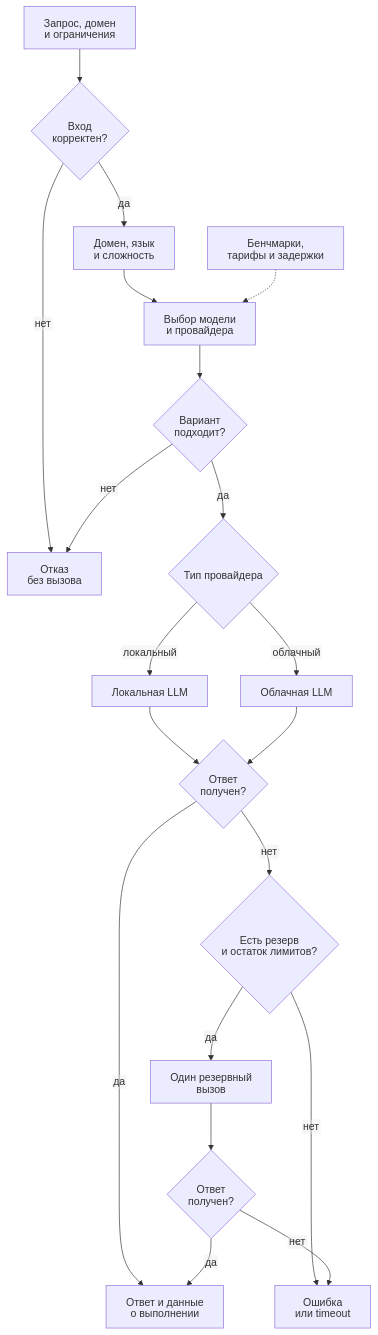
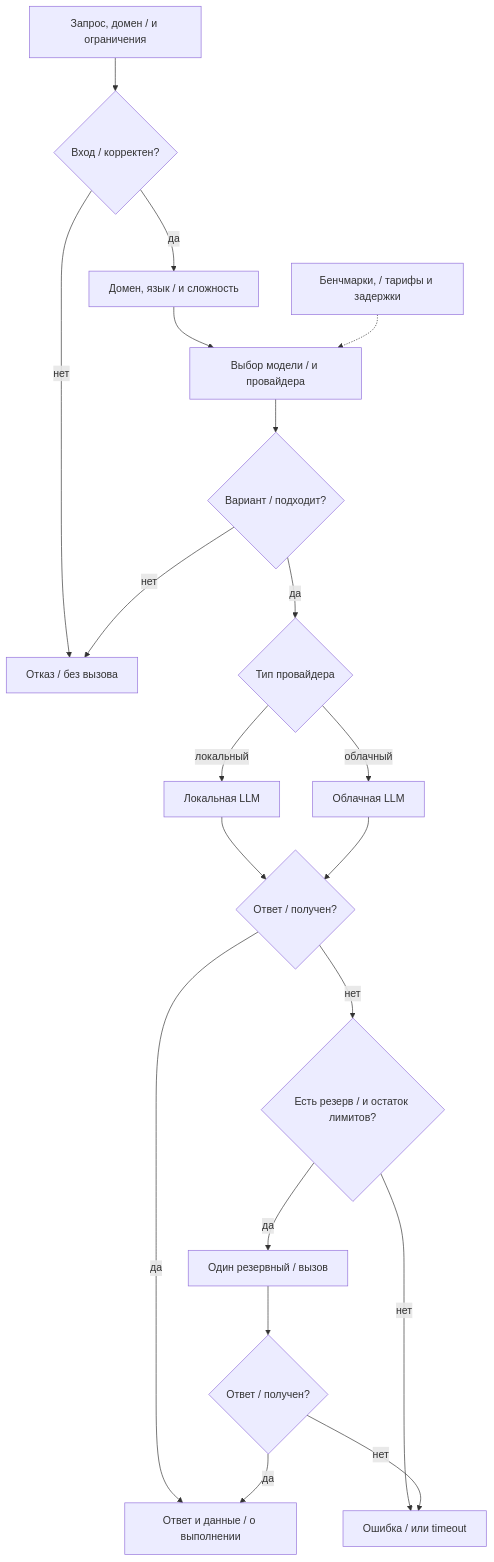
Before and after one commit to Mixlazer/ML_Sys_Design_HW: the second of 2 diagrams in docs/ml_system_design_doc.md, drawn with Mermaid. The commit also changed other lines of this file and 25 other files, not shown here.

````diff
--- a/docs/ml_system_design_doc.md
+++ b/docs/ml_system_design_doc.md
@@ -191,23 +191,22 @@
 ```mermaid
-%%{init: {"htmlLabels": false, "fontFamily": "Arial, sans-serif", "fontSize": 16}}%%
 flowchart TD
-    REQUEST["Запрос, домен<br/>и ограничения"] --> VALID{"Вход<br/>корректен?"}
-    VALID -->|"нет"| REJECT["Отказ<br/>без вызова"]
-    VALID -->|"да"| DOMAIN["Домен, язык<br/>и сложность"]
-    DOMAIN --> SELECT["Выбор модели<br/>и провайдера"]
-    PROFILES["Бенчмарки,<br/>тарифы и задержки"] -.-> SELECT
-    SELECT --> AVAILABLE{"Вариант<br/>подходит?"}
+    REQUEST["Запрос, домен / и ограничения"] --> VALID{"Вход / корректен?"}
+    VALID -->|"нет"| REJECT["Отказ / без вызова"]
+    VALID -->|"да"| DOMAIN["Домен, язык / и сложность"]
+    DOMAIN --> SELECT["Выбор модели / и провайдера"]
+    PROFILES["Бенчмарки, / тарифы и задержки"] -.-> SELECT
+    SELECT --> AVAILABLE{"Вариант / подходит?"}
     AVAILABLE -->|"нет"| REJECT
     AVAILABLE -->|"да"| PROVIDER{"Тип провайдера"}
     PROVIDER -->|"локальный"| LOCAL["Локальная LLM"]
     PROVIDER -->|"облачный"| CLOUD["Облачная LLM"]
-    LOCAL --> RECEIVED{"Ответ<br/>получен?"}
+    LOCAL --> RECEIVED{"Ответ / получен?"}
     CLOUD --> RECEIVED
-    RECEIVED -->|"да"| RESPONSE["Ответ и данные<br/>о выполнении"]
-    RECEIVED -->|"нет"| CAN_RETRY{"Есть резерв<br/>и остаток лимитов?"}
-    CAN_RETRY -->|"нет"| ERROR["Ошибка<br/>или timeout"]
-    CAN_RETRY -->|"да"| RETRY["Один резервный<br/>вызов"]
-    RETRY --> RETRY_OK{"Ответ<br/>получен?"}
+    RECEIVED -->|"да"| RESPONSE["Ответ и данные / о выполнении"]
+    RECEIVED -->|"нет"| CAN_RETRY{"Есть резерв / и остаток лимитов?"}
+    CAN_RETRY -->|"нет"| ERROR["Ошибка / или timeout"]
+    CAN_RETRY -->|"да"| RETRY["Один резервный / вызов"]
+    RETRY --> RETRY_OK{"Ответ / получен?"}
     RETRY_OK -->|"да"| RESPONSE
     RETRY_OK -->|"нет"| ERROR
 ```
````
